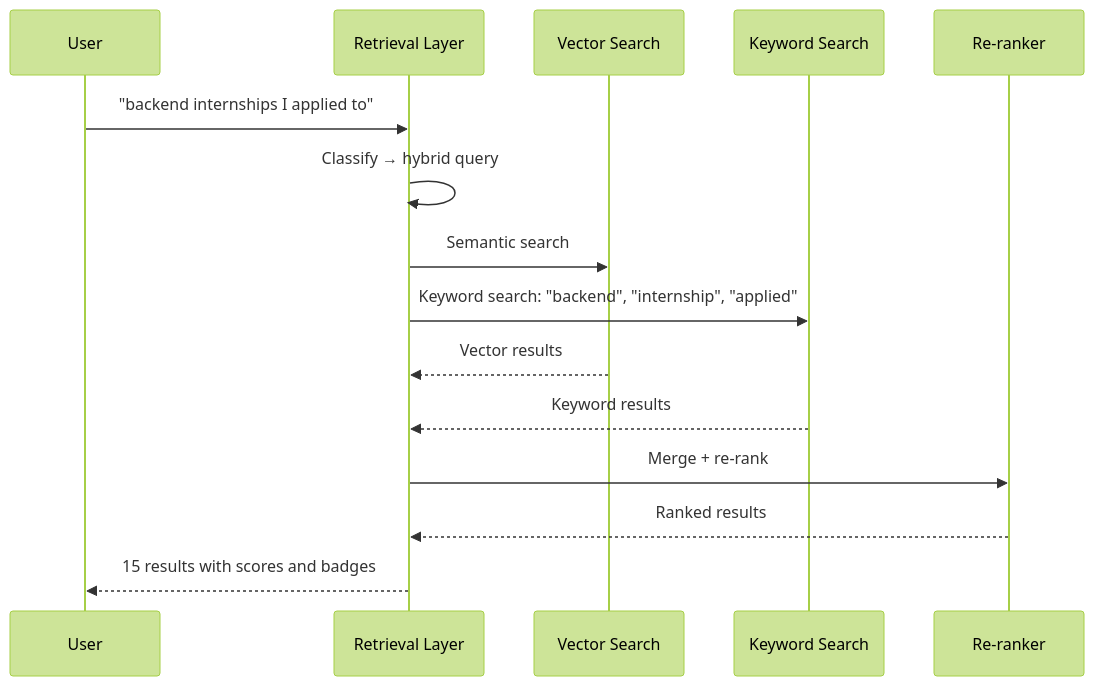
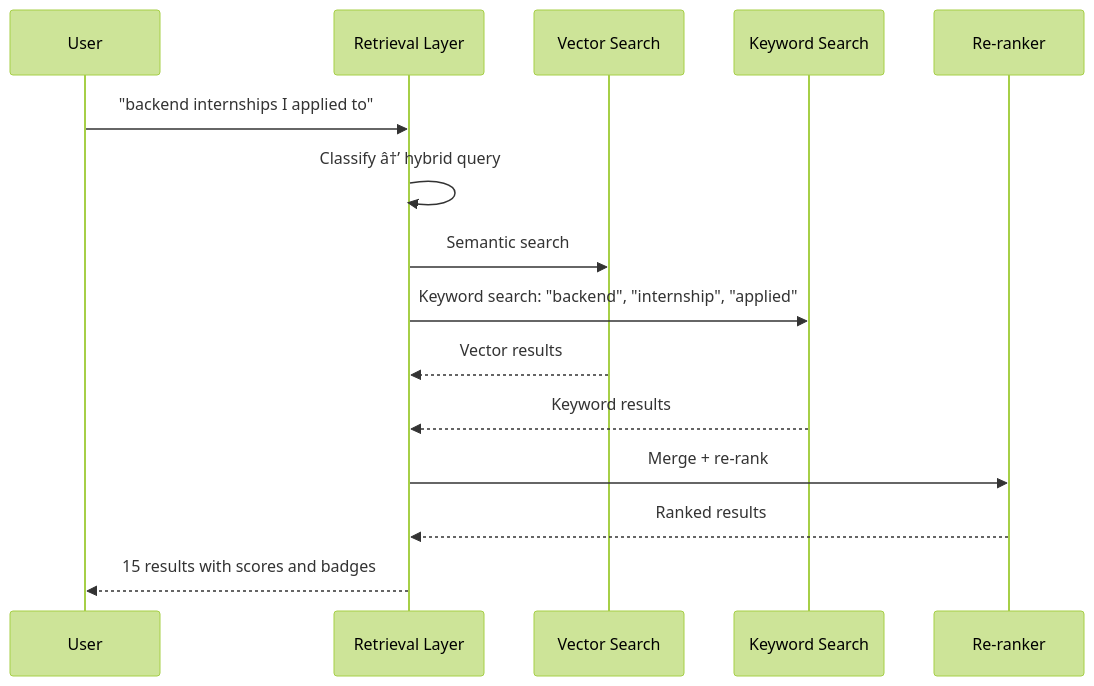
Before and after one commit to Driftloom/Vaeloom: the second of 2 diagrams in Docs/Product/Feature-Specs/Global-Search.md, drawn with Mermaid (forest theme). The commit also changed other lines of this file and 249 other files, not shown here.

````diff
--- a/Docs/Product/Feature-Specs/Global-Search.md
+++ b/Docs/Product/Feature-Specs/Global-Search.md
@@ -209,18 +209,18 @@
 ```mermaid
 sequenceDiagram
     participant U as User
     participant RL as Retrieval Layer
     participant VS as Vector Search
     participant KW as Keyword Search
     participant RR as Re-ranker
 
     U->>RL: "backend internships I applied to"
-    RL->>RL: Classify → hybrid query
+    RL->>RL: Classify â†’ hybrid query
     RL->>VS: Semantic search
     RL->>KW: Keyword search: "backend", "internship", "applied"
     VS-->>RL: Vector results
     KW-->>RL: Keyword results
     RL->>RR: Merge + re-rank
     RR-->>RL: Ranked results
     RL-->>U: 15 results with scores and badges
 ```
````
